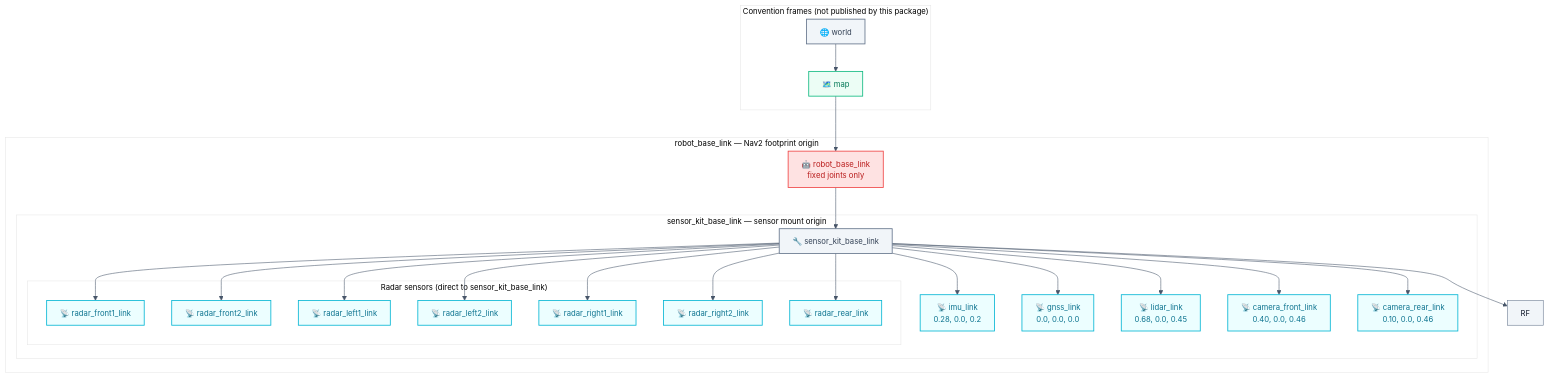
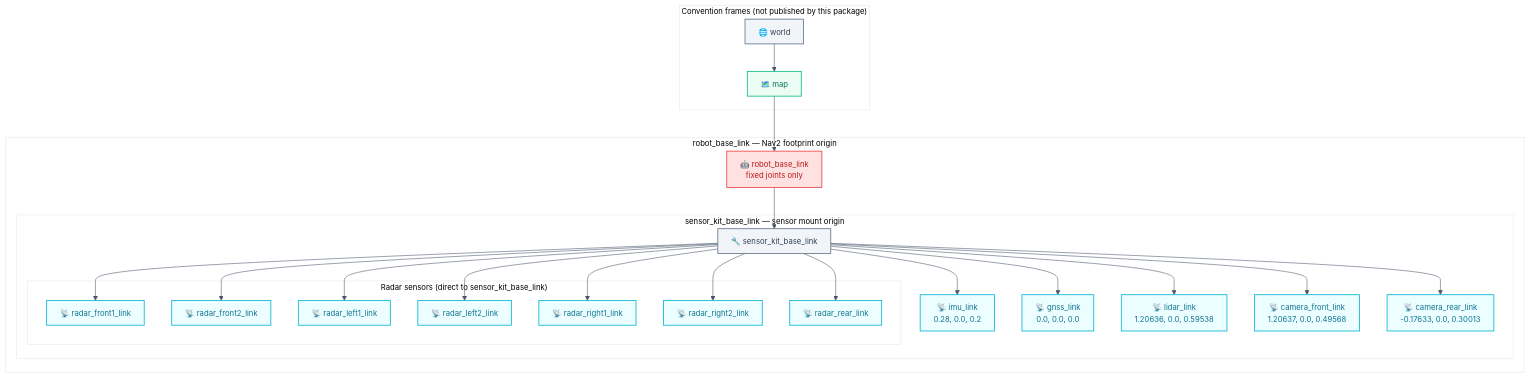
The fourth of 4 diagrams in camrod_sensor_kit/README.md (hwanhonglee/CAMROD), drawn with Mermaid before and after one commit. The commit also changed other lines of this file and 7 other files, not shown here.

````diff
--- a/camrod_sensor_kit/README.md
+++ b/camrod_sensor_kit/README.md
@@ -142,40 +142,40 @@
 ```mermaid
 %%{init: {'theme': 'base', 'themeVariables': {'fontFamily': 'ui-sans-serif, system-ui, sans-serif', 'fontSize': '14px', 'primaryColor': '#F1F5F9', 'primaryTextColor': '#0F172A', 'primaryBorderColor': '#64748B', 'lineColor': '#475569'}, 'flowchart': {'curve': 'basis', 'htmlLabels': true, 'padding': 12}}}%%
 graph TD
   subgraph CONV["Convention frames (not published by this package)"]
     WORLD[🌐 world]:::system
     MAP[🗺️ map]:::localization
   end
   subgraph ROBOT["robot_base_link — Nav2 footprint origin"]
     BASE[🤖 robot_base_link\nfixed joints only]:::platform
     subgraph SKIT["sensor_kit_base_link — sensor mount origin"]
       SKB[🔧 sensor_kit_base_link]:::system
       IMU[📡 imu_link\n0.28, 0.0, 0.2]:::sensing
       GNSS[📡 gnss_link\n0.0, 0.0, 0.0]:::sensing
-      LIDAR[📡 lidar_link\n0.68, 0.0, 0.45]:::sensing
-      CAMF[📡 camera_front_link\n0.40, 0.0, 0.46]:::sensing
-      CAMR[📡 camera_rear_link\n0.10, 0.0, 0.46]:::sensing
+      LIDAR[📡 lidar_link\n1.20636, 0.0, 0.59538]:::sensing
+      CAMF[📡 camera_front_link\n1.20637, 0.0, 0.49568]:::sensing
+      CAMR[📡 camera_rear_link\n-0.17633, 0.0, 0.30013]:::sensing
       subgraph RADAR["Radar sensors (direct to sensor_kit_base_link)"]
         %% HHL_260623 - Removed the legacy single-front radar alias; front1/front2 are canonical.
         RF1[📡 radar_front1_link]:::sensing
         RF2[📡 radar_front2_link]:::sensing
         RL1[📡 radar_left1_link]:::sensing
         RL2[📡 radar_left2_link]:::sensing
         RR1[📡 radar_right1_link]:::sensing
         RR2[📡 radar_right2_link]:::sensing
         RR[📡 radar_rear_link]:::sensing
       end
     end
   end
 
   WORLD --> MAP
   MAP --> BASE
   BASE --> SKB
   SKB --> IMU & GNSS & LIDAR & CAMF & CAMR
-  SKB --> RF1 & RF2 & RF & RL1 & RL2 & RR1 & RR2 & RR
+  SKB --> RF1 & RF2 & RL1 & RL2 & RR1 & RR2 & RR
 
   classDef sensing      fill:#ECFEFF,stroke:#06B6D4,stroke-width:1.5px,color:#0E7490;
   classDef localization fill:#ECFDF5,stroke:#10B981,stroke-width:1.5px,color:#047857;
   classDef platform     fill:#FEE2E2,stroke:#EF4444,stroke-width:1.5px,color:#B91C1C;
   classDef system       fill:#F1F5F9,stroke:#64748B,stroke-width:1.5px,color:#334155;
 ```
````
